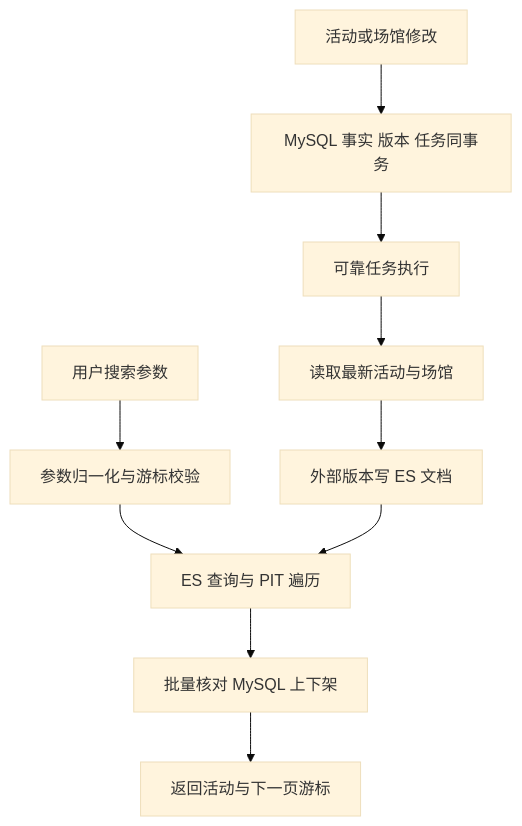
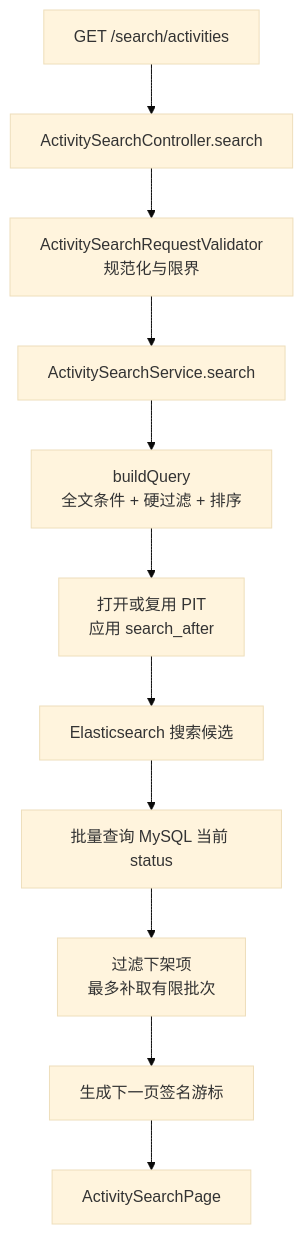
Before and after one commit to SyH-101/citypass-platform: the fourth of 24 diagrams in 03-全文检索与索引治理.md, drawn with Mermaid (base theme). The commit also changed other lines of this file, not shown here.

````diff
--- a/03-全文检索与索引治理.md
+++ b/03-全文检索与索引治理.md
@@ -258,12 +277,13 @@
 ```mermaid
 flowchart TD
-    U["用户搜索参数"] --> Q["参数归一化与游标校验"]
-    Q --> E["ES 查询与 PIT 遍历"]
-    E --> V["批量核对 MySQL 上下架"]
-    V --> O["返回活动与下一页游标"]
-    W["活动或场馆修改"] --> D["MySQL 事实 版本 任务同事务"]
-    D --> T["可靠任务执行"]
-    T --> S["读取最新活动与场馆"]
-    S --> I["外部版本写 ES 文档"]
-    I --> E
+    U["GET /search/activities"] --> C["ActivitySearchController.search"]
+    C --> V["ActivitySearchRequestValidator<br/>规范化与限界"]
+    V --> S["ActivitySearchService.search"]
+    S --> Q["buildQuery<br/>全文条件 + 硬过滤 + 排序"]
+    Q --> P["打开或复用 PIT<br/>应用 search_after"]
+    P --> ES["Elasticsearch 搜索候选"]
+    ES --> DB["批量查询 MySQL 当前 status"]
+    DB --> F["过滤下架项<br/>最多补取有限批次"]
+    F --> CUR["生成下一页签名游标"]
+    CUR --> R["ActivitySearchPage"]
 ```
````
